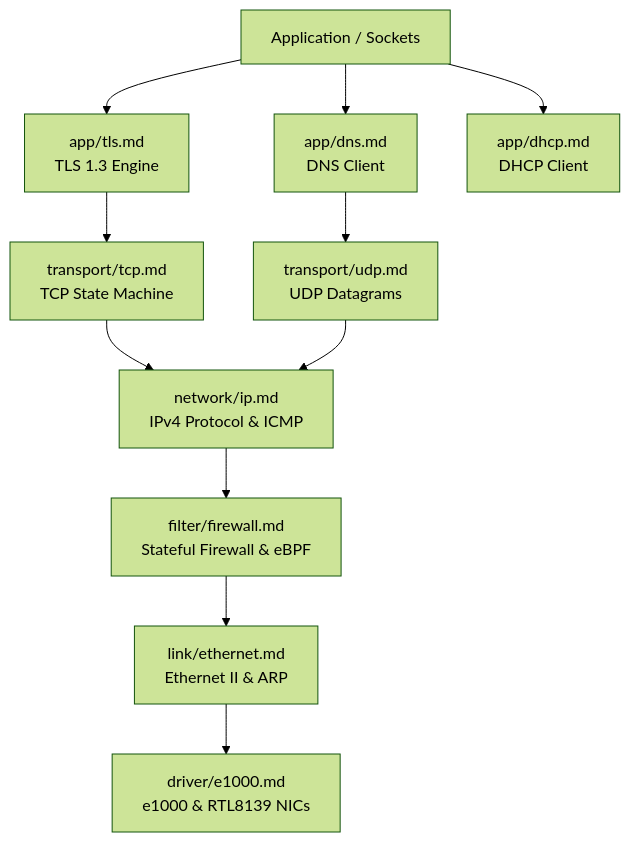
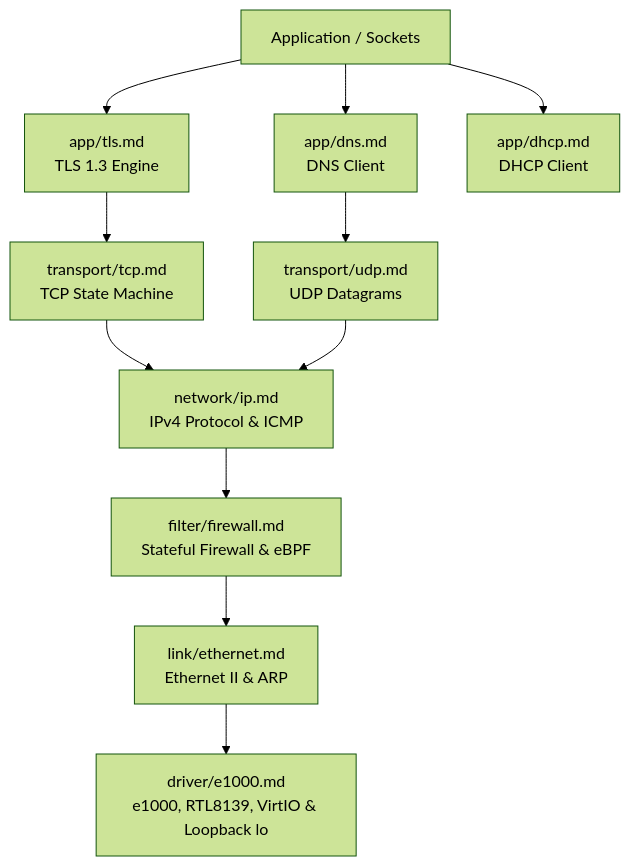
One commit to mrvlous/keira changed the diagram in docs/net/README.md. Above: the diagram before and after it, drawn with Mermaid (forest theme). The commit also changed other lines of this file, not shown here.

Commit message:
docs(net): update layered network architecture and submodules index

````diff
--- a/docs/net/README.md
+++ b/docs/net/README.md
@@ -11,13 +11,13 @@
 ```mermaid
 graph TD
     App["Application / Sockets"] --> TLS["app/tls.md<br/>TLS 1.3 Engine"]
     App --> DNS["app/dns.md<br/>DNS Client"]
     App --> DHCP["app/dhcp.md<br/>DHCP Client"]
     TLS --> TCP["transport/tcp.md<br/>TCP State Machine"]
     DNS --> UDP["transport/udp.md<br/>UDP Datagrams"]
     TCP --> IP["network/ip.md<br/>IPv4 Protocol & ICMP"]
     UDP --> IP
     IP --> Filter["filter/firewall.md<br/>Stateful Firewall & eBPF"]
     Filter --> Link["link/ethernet.md<br/>Ethernet II & ARP"]
-    Link --> Drivers["driver/e1000.md<br/>e1000 & RTL8139 NICs"]
+    Link --> Drivers["driver/e1000.md<br/>e1000, RTL8139, VirtIO & Loopback lo"]
 ```
````
